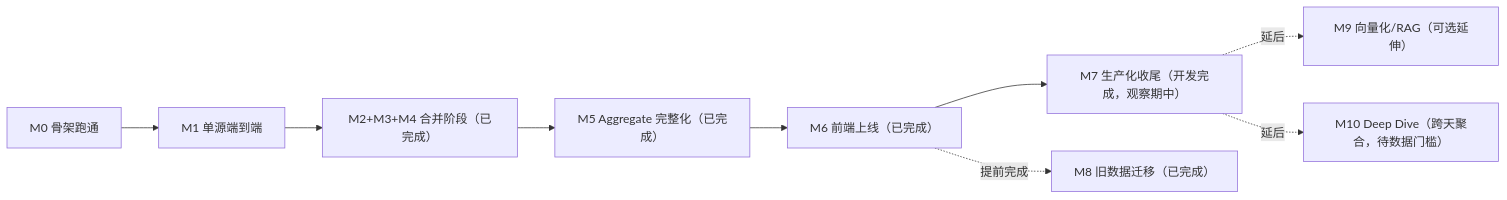
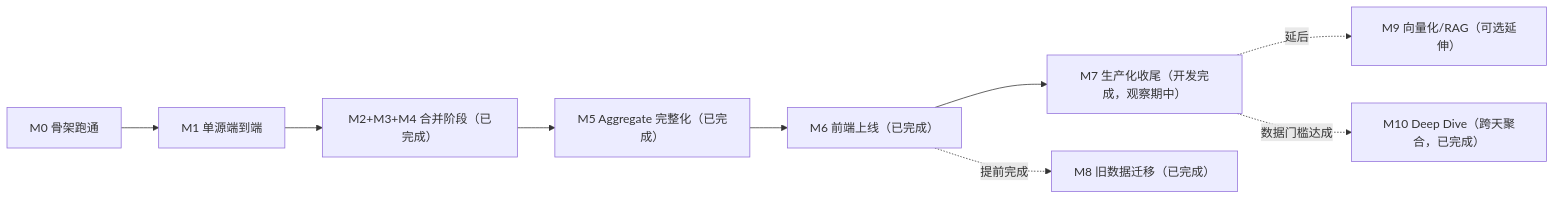
The diagram in docs/milestones/README.md (SkyJourney/ainews-project), drawn with Mermaid before and after one commit. The commit also changed other lines of this file and 12 other files, not shown here.

First line of the commit message:
feat(backend): M10 Deep Dive 周报——机械统计热门话题趋势 + 3 张 mermaid 图表 + 摘要加粗

````diff
--- a/docs/milestones/README.md
+++ b/docs/milestones/README.md
@@ -7,11 +7,11 @@
 ```mermaid
 flowchart LR
     M0[M0 骨架跑通] --> M1[M1 单源端到端]
     M1 --> M234["M2+M3+M4 合并阶段（已完成）"]
     M234 --> M5["M5 Aggregate 完整化（已完成）"]
     M5 --> M6["M6 前端上线（已完成）"]
     M6 --> M7["M7 生产化收尾（开发完成，观察期中）"]
     M6 -.提前完成.-> M8["M8 旧数据迁移（已完成）"]
     M7 -.延后.-> M9["M9 向量化/RAG（可选延伸）"]
-    M7 -.延后.-> M10["M10 Deep Dive（跨天聚合，待数据门槛）"]
+    M7 -.数据门槛达成.-> M10["M10 Deep Dive（跨天聚合，已完成）"]
 ```
````
